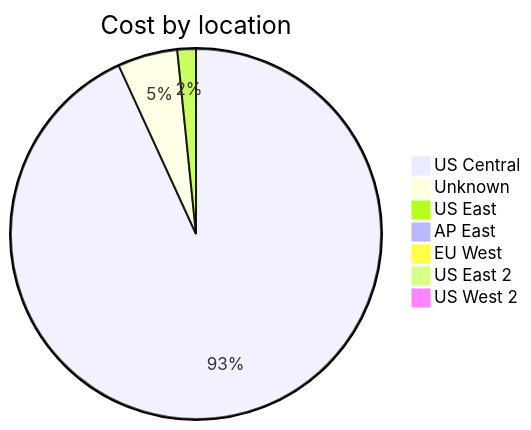
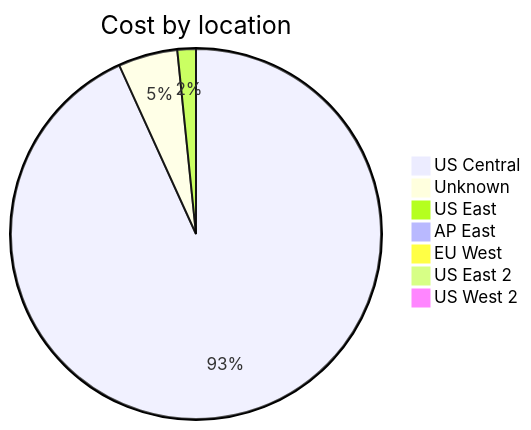
Before and after one commit to jpfulton/azure-personal-reports: the third of 4 diagrams in cost-reports/accumulated-cost.md, drawn with Mermaid. The commit also changed other lines of this file and 4 other files, not shown here.

````diff
--- a/cost-reports/accumulated-cost.md
+++ b/cost-reports/accumulated-cost.md
@@ -121,11 +121,11 @@
 ```mermaid
 pie
    title Cost by location
-   "US Central" : 5.17
-   "Unknown" : 0.29
-   "US East" : 0.09
+   "US Central" : 5.76
+   "Unknown" : 0.32
+   "US East" : 0.10
    "AP East" : 0.00
    "EU West" : 0.00
    "US East 2" : 0.00
    "US West 2" : 0.00
 ```
````
